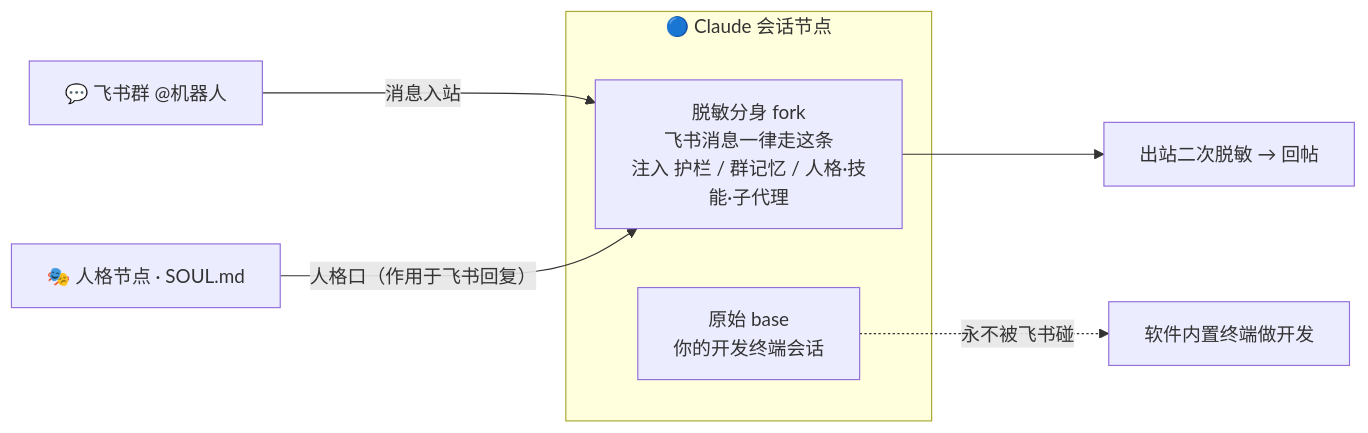
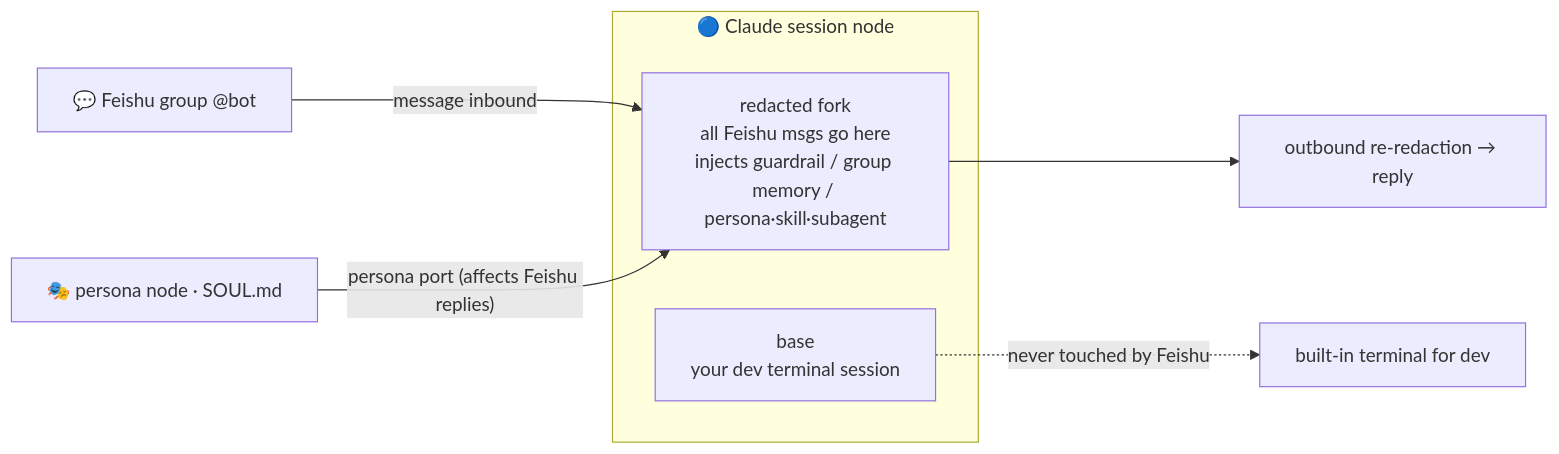
One commit to RudAns/OblivionisAgent changed the second of 3 diagrams in README.md. Above: the diagram before and after it, drawn with Mermaid. The commit also changed other lines of this file and 4 other files, not shown here.

First line of the commit message:
docs(readme): 英文设为默认 README + 头部加欢迎界面截图

````diff
--- a/README.md
+++ b/README.md
@@ -123,13 +130,13 @@
 ```mermaid
 flowchart LR
-    FS["💬 飞书群 @机器人"]
-    SOUL["🎭 人格节点 · SOUL.md"]
-    subgraph CS["🔵 Claude 会话节点"]
-        BASE["原始 base<br/>你的开发终端会话"]
-        FORK["脱敏分身 fork<br/>飞书消息一律走这条<br/>注入 护栏 / 群记忆 / 人格·技能·子代理"]
+    FS["💬 Feishu group @bot"]
+    SOUL["🎭 persona node · SOUL.md"]
+    subgraph CS["🔵 Claude session node"]
+        BASE["base<br/>your dev terminal session"]
+        FORK["redacted fork<br/>all Feishu msgs go here<br/>injects guardrail / group memory / persona·skill·subagent"]
     end
-    FS -->|消息入站| FORK
-    SOUL -->|"人格口（作用于飞书回复）"| FORK
-    FORK --> OUT["出站二次脱敏 → 回帖"]
-    BASE -.->|"永不被飞书碰"| TERM["软件内置终端做开发"]
+    FS -->|message inbound| FORK
+    SOUL -->|"persona port (affects Feishu replies)"| FORK
+    FORK --> OUT["outbound re-redaction → reply"]
+    BASE -.->|"never touched by Feishu"| TERM["built-in terminal for dev"]
 ```
````
